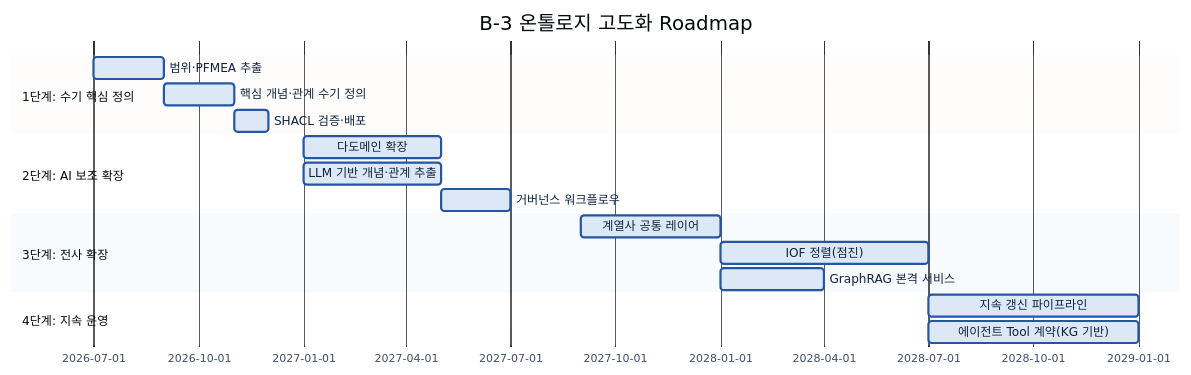
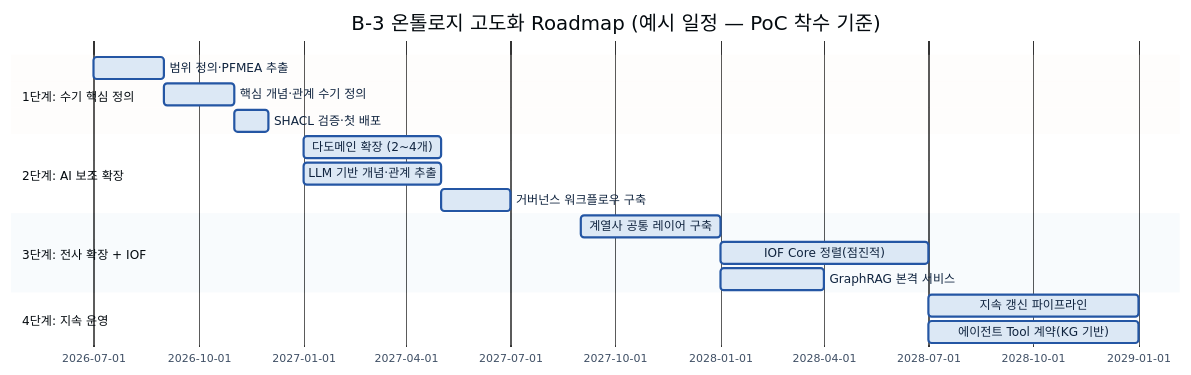
Diagram 14 of 14 in 가이드 작성/B-3 온톨로지/B-3 온톨로지.md (jin-kearney/ai-ready-data-manual), drawn with Mermaid before and after one commit. The commit also changed other lines of this file, not shown here.

First line of the commit message:
docs(B-3): §7~§10 전면 강화 — 정본 아키텍처 모델·경계 서술·KPI 계열사 예시 (v0.7)

````diff
--- a/가이드 작성/B-3 온톨로지/B-3 온톨로지.md
+++ b/가이드 작성/B-3 온톨로지/B-3 온톨로지.md
@@ -1267,21 +1354,21 @@
 ```mermaid
 %%{init: {'theme':'base','themeVariables':{'primaryColor':'#DCE8F5','primaryBorderColor':'#2456A4','primaryTextColor':'#10243f','lineColor':'#2456A4','fontSize':'13px'}}}%%
 gantt
-    title B-3 온톨로지 고도화 Roadmap
+    title B-3 온톨로지 고도화 Roadmap (예시 일정 — PoC 착수 기준)
     dateFormat YYYY-MM
     section 1단계: 수기 핵심 정의
-    범위·PFMEA 추출            :a1, 2026-07, 2M
-    핵심 개념·관계 수기 정의    :a2, after a1, 2M
-    SHACL 검증·배포            :a3, after a2, 1M
+    범위 정의·PFMEA 추출          :a1, 2026-07, 2M
+    핵심 개념·관계 수기 정의       :a2, after a1, 2M
+    SHACL 검증·첫 배포            :a3, after a2, 1M
     section 2단계: AI 보조 확장
-    다도메인 확장              :b1, 2027-01, 4M
-    LLM 기반 개념·관계 추출     :b2, 2027-01, 4M
-    거버넌스 워크플로우         :b3, after b1, 2M
-    section 3단계: 전사 확장
-    계열사 공통 레이어          :c1, 2027-09, 4M
-    IOF 정렬(점진)             :c2, 2028-01, 6M
-    GraphRAG 본격 서비스        :c3, 2028-01, 3M
+    다도메인 확장 (2~4개)          :b1, 2027-01, 4M
+    LLM 기반 개념·관계 추출        :b2, 2027-01, 4M
+    거버넌스 워크플로우 구축        :b3, after b1, 2M
+    section 3단계: 전사 확장 + IOF
+    계열사 공통 레이어 구축         :c1, 2027-09, 4M
+    IOF Core 정렬(점진적)          :c2, 2028-01, 6M
+    GraphRAG 본격 서비스           :c3, 2028-01, 3M
     section 4단계: 지속 운영
-    지속 갱신 파이프라인        :d1, 2028-07, 6M
-    에이전트 Tool 계약(KG 기반)  :d2, 2028-07, 6M
+    지속 갱신 파이프라인            :d1, 2028-07, 6M
+    에이전트 Tool 계약(KG 기반)     :d2, 2028-07, 6M
 ```
````
